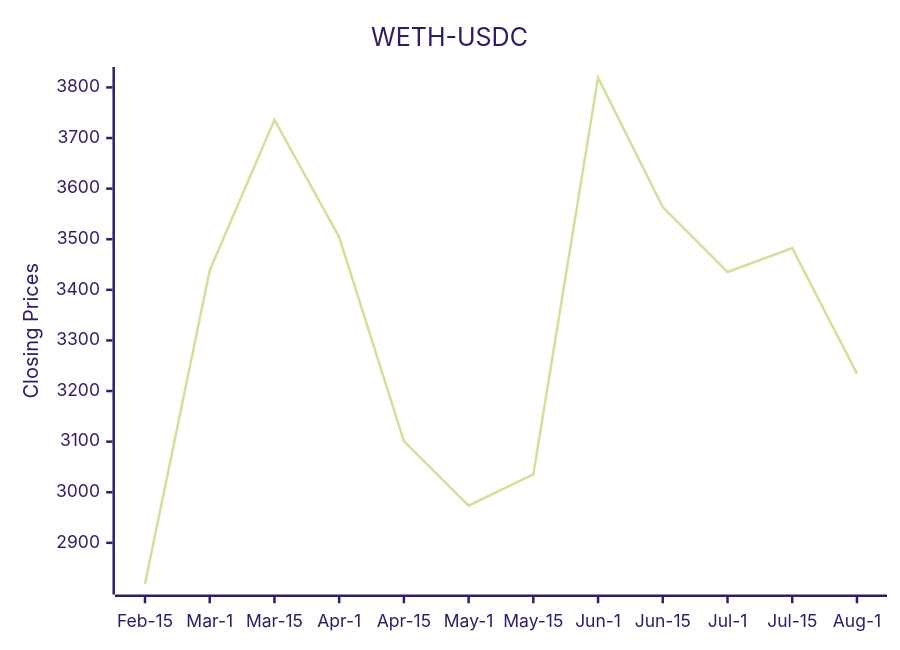
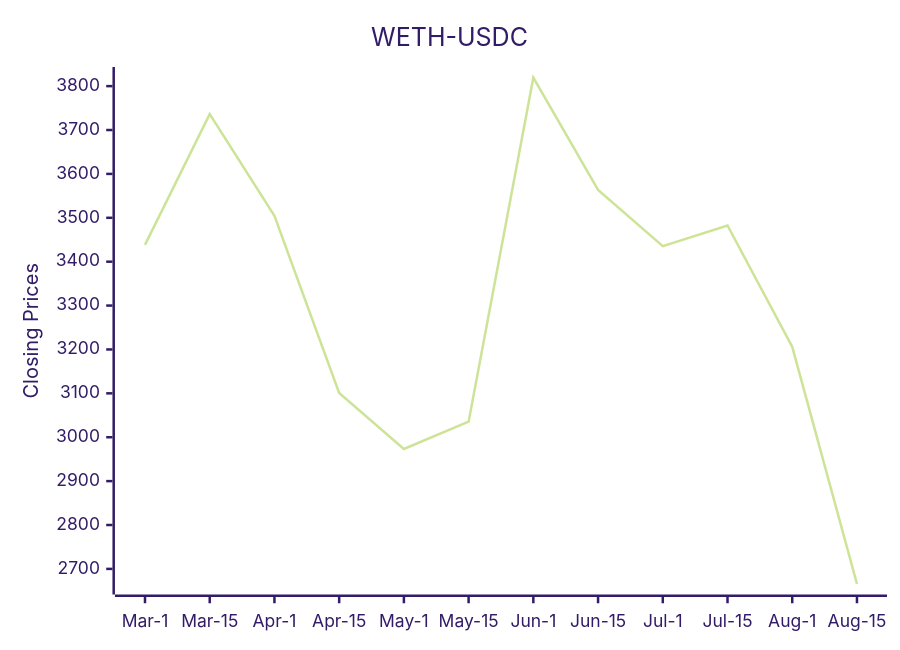
One commit to bicced/ReadmeCryptoPriceChart changed the diagram in README.md. Above: the diagram before and after it, drawn with Mermaid (forest theme).

Commit message:
Update README with latest DEX data

````diff
--- a/README.md
+++ b/README.md
@@ -6,7 +6,7 @@
 ```mermaid
 xychart-beta
   title "WETH-USDC"
-  x-axis [Feb-15,Mar-1,Mar-15,Apr-1,Apr-15,May-1,May-15,Jun-1,Jun-15,Jul-1,Jul-15,Aug-1]
-  y-axis "Closing Prices" 2818.91515756047 --> 3819.38075388494
-  line [2818.91515756047,3438.35534213694,3736.1373634517,3504.3532147092,3100.95426847415,2973.3332502791,3035.35925312099,3819.38075388494,3563.50423684803,3435.37304391752,3482.40990196361,3234.34637484843]
+  x-axis [Mar-1,Mar-15,Apr-1,Apr-15,May-1,May-15,Jun-1,Jun-15,Jul-1,Jul-15,Aug-1,Aug-15]
+  y-axis "Closing Prices" 2665.86598347966 --> 3819.38075388494
+  line [3438.35534213694,3736.1373634517,3504.3532147092,3100.95426847415,2973.3332502791,3035.35925312099,3819.38075388494,3563.50423684803,3435.37304391752,3482.40990196361,3205.99009674922,2665.86598347966]
 ```
````
